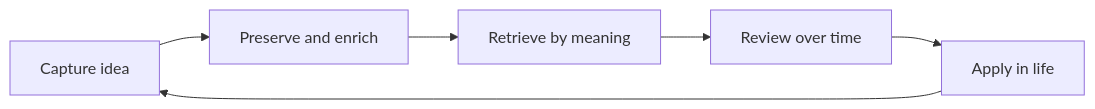
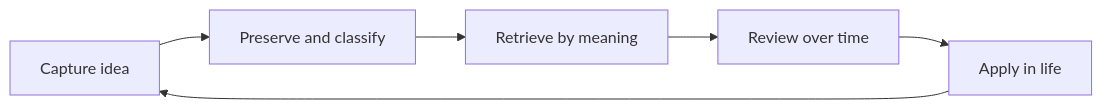
Before and after one commit to snepraj2709/novah: the first of 2 diagrams in PRODUCT_PLAN.md, drawn with Mermaid. The commit also changed other lines of this file and 43 other files, not shown here.

````diff
--- a/PRODUCT_PLAN.md
+++ b/PRODUCT_PLAN.md
@@ -131,8 +131,8 @@
 ```mermaid
 flowchart LR
-    A["Capture idea"] --> B["Preserve and enrich"]
+    A["Capture idea"] --> B["Preserve and classify"]
     B --> C["Retrieve by meaning"]
     C --> D["Review over time"]
     D --> E["Apply in life"]
     E --> A
 ```
````
